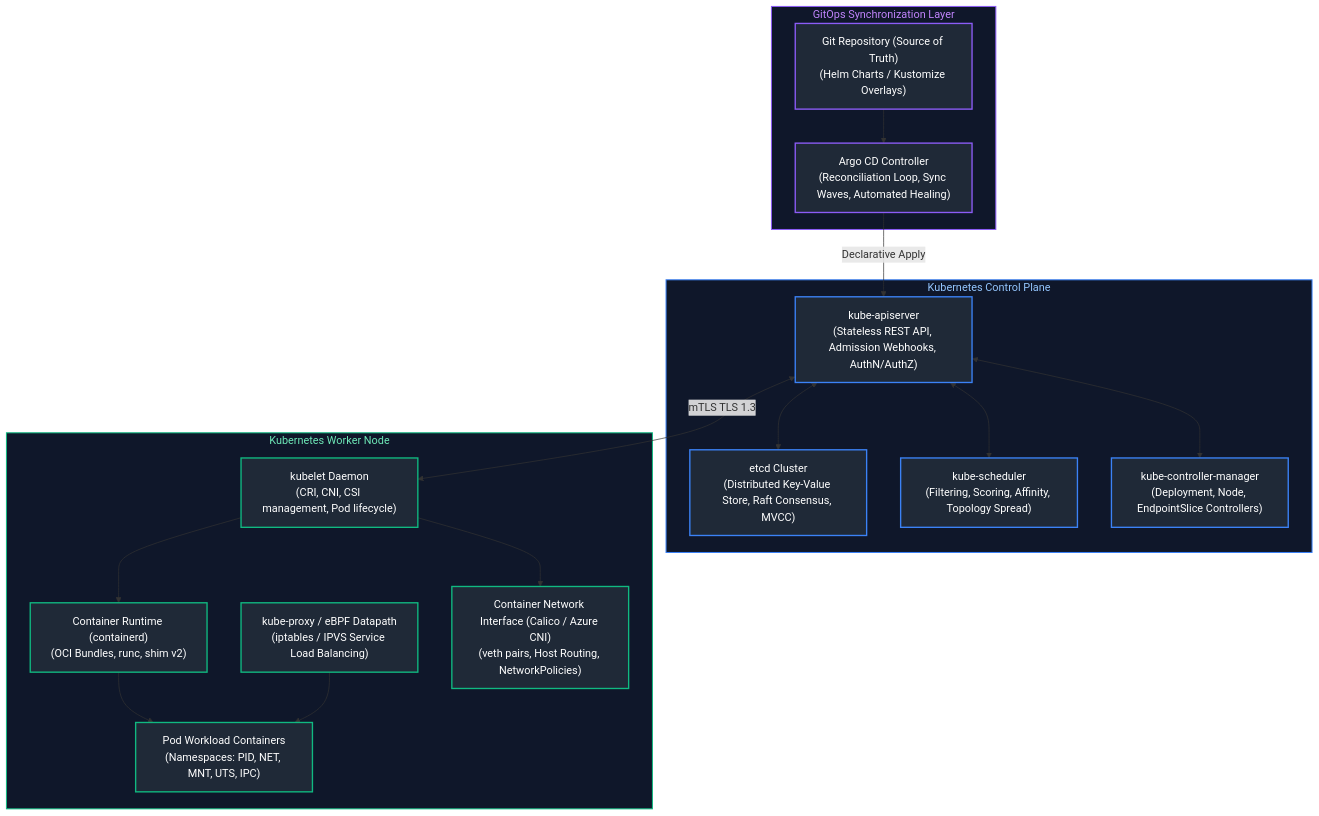
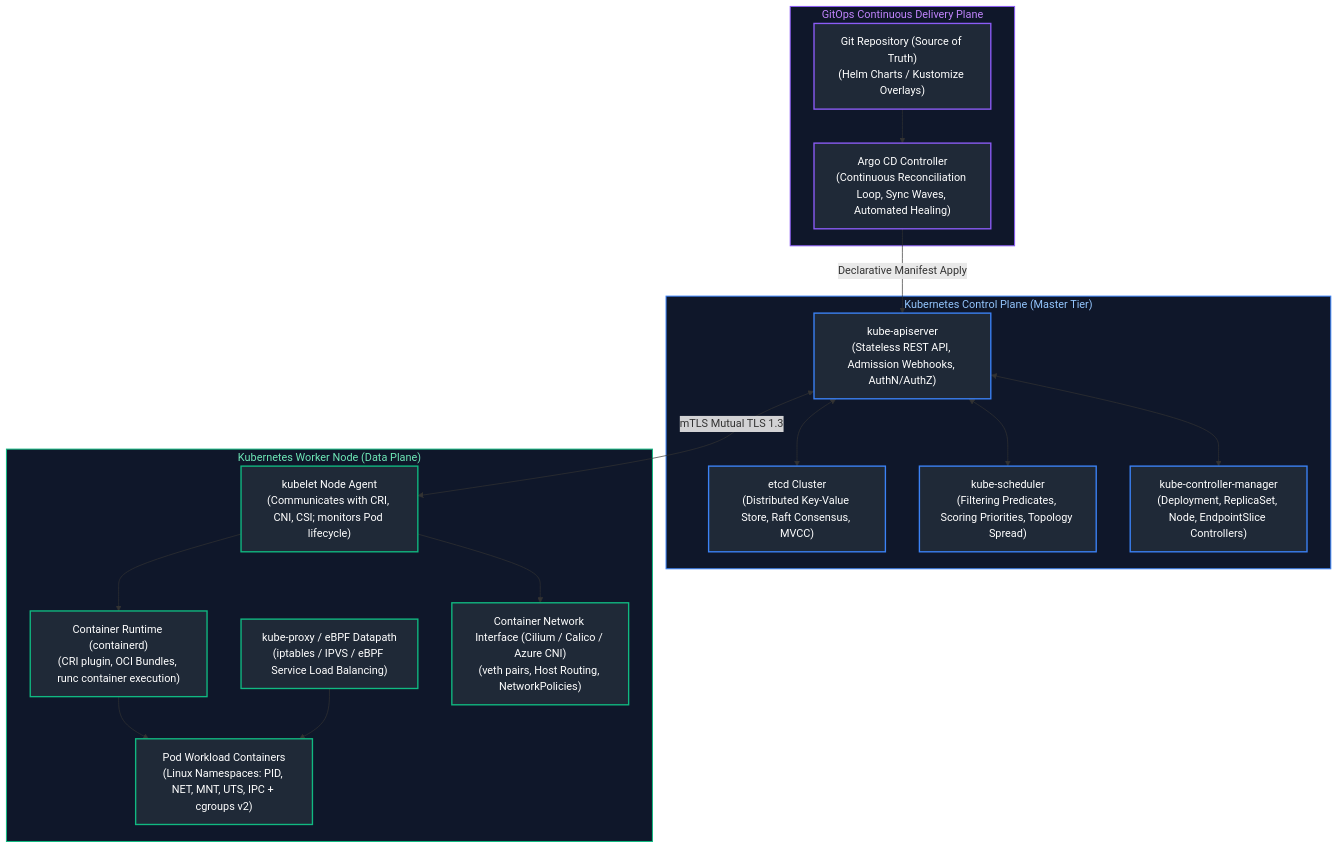
One commit to joydeep-biswas/Interview-Preparation changed the first of 10 diagrams in Cloud Engineering/08_containers_kubernetes_and_gitops.md. Above: the diagram before and after it, drawn with Mermaid. The commit also changed other lines of this file and 143 other files, not shown here.

````diff
--- a/Cloud Engineering/08_containers_kubernetes_and_gitops.md
+++ b/Cloud Engineering/08_containers_kubernetes_and_gitops.md
@@ -9,50 +11,50 @@
 ```mermaid
 flowchart TD
-    subgraph ControlPlane ["Kubernetes Control Plane"]
+    subgraph ControlPlane ["Kubernetes Control Plane (Master Tier)"]
         APIServer["kube-apiserver<br/>(Stateless REST API, Admission Webhooks, AuthN/AuthZ)"]
         etcd["etcd Cluster<br/>(Distributed Key-Value Store, Raft Consensus, MVCC)"]
-        Scheduler["kube-scheduler<br/>(Filtering, Scoring, Affinity, Topology Spread)"]
-        KCM["kube-controller-manager<br/>(Deployment, Node, EndpointSlice Controllers)"]
+        Scheduler["kube-scheduler<br/>(Filtering Predicates, Scoring Priorities, Topology Spread)"]
+        KCM["kube-controller-manager<br/>(Deployment, ReplicaSet, Node, EndpointSlice Controllers)"]
 
         APIServer <--> etcd
         APIServer <--> Scheduler
         APIServer <--> KCM
     end
 
-    subgraph WorkerNode ["Kubernetes Worker Node"]
-        Kubelet["kubelet Daemon<br/>(CRI, CNI, CSI management, Pod lifecycle)"]
-        KubeProxy["kube-proxy / eBPF Datapath<br/>(iptables / IPVS Service Load Balancing)"]
-        CRI["Container Runtime (containerd)<br/>(OCI Bundles, runc, shim v2)"]
-        CNI["Container Network Interface (Calico / Azure CNI)<br/>(veth pairs, Host Routing, NetworkPolicies)"]
-        Pods["Pod Workload Containers<br/>(Namespaces: PID, NET, MNT, UTS, IPC)"]
+    subgraph WorkerNode ["Kubernetes Worker Node (Data Plane)"]
+        Kubelet["kubelet Node Agent<br/>(Communicates with CRI, CNI, CSI; monitors Pod lifecycle)"]
+        KubeProxy["kube-proxy / eBPF Datapath<br/>(iptables / IPVS / eBPF Service Load Balancing)"]
+        CRI["Container Runtime (containerd)<br/>(CRI plugin, OCI Bundles, runc container execution)"]
+        CNI["Container Network Interface (Cilium / Calico / Azure CNI)<br/>(veth pairs, Host Routing, NetworkPolicies)"]
+        Pods["Pod Workload Containers<br/>(Linux Namespaces: PID, NET, MNT, UTS, IPC + cgroups v2)"]
 
         Kubelet --> CRI --> Pods
         Kubelet --> CNI
         KubeProxy --> Pods
     end
 
-    subgraph GitOpsPlane ["GitOps Synchronization Layer"]
+    subgraph GitOpsPlane ["GitOps Continuous Delivery Plane"]
         GitRepo["Git Repository (Source of Truth)<br/>(Helm Charts / Kustomize Overlays)"]
-        ArgoCD["Argo CD Controller<br/>(Reconciliation Loop, Sync Waves, Automated Healing)"]
+        ArgoCD["Argo CD Controller<br/>(Continuous Reconciliation Loop, Sync Waves, Automated Healing)"]
         GitRepo --> ArgoCD
     end
 
-    APIServer <-->|"mTLS TLS 1.3"| Kubelet
-    ArgoCD -->|"Declarative Apply"| APIServer
+    APIServer <-->|"mTLS Mutual TLS 1.3"| Kubelet
+    ArgoCD -->|"Declarative Manifest Apply"| APIServer
 
     style ControlPlane fill:#0f172a,stroke:#3b82f6,stroke-width:1.5px,color:#93c5fd
     style WorkerNode fill:#0f172a,stroke:#10b981,stroke-width:1.5px,color:#6ee7b7
     style GitOpsPlane fill:#0f172a,stroke:#8b5cf6,stroke-width:1.5px,color:#c084fc
 
     style APIServer fill:#1f2937,stroke:#3b82f6,stroke-width:2px,color:#fff
     style etcd fill:#1f2937,stroke:#3b82f6,stroke-width:2px,color:#fff
     style Scheduler fill:#1f2937,stroke:#3b82f6,stroke-width:2px,color:#fff
     style KCM fill:#1f2937,stroke:#3b82f6,stroke-width:2px,color:#fff
     style Kubelet fill:#1f2937,stroke:#10b981,stroke-width:2px,color:#fff
     style KubeProxy fill:#1f2937,stroke:#10b981,stroke-width:2px,color:#fff
     style CRI fill:#1f2937,stroke:#10b981,stroke-width:2px,color:#fff
     style CNI fill:#1f2937,stroke:#10b981,stroke-width:2px,color:#fff
     style Pods fill:#1f2937,stroke:#10b981,stroke-width:2px,color:#fff
     style GitRepo fill:#1f2937,stroke:#8b5cf6,stroke-width:2px,color:#fff
     style ArgoCD fill:#1f2937,stroke:#8b5cf6,stroke-width:2px,color:#fff
 ```
````
